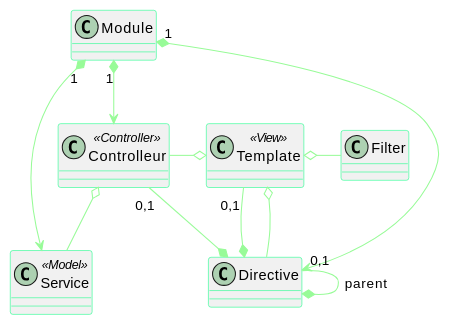
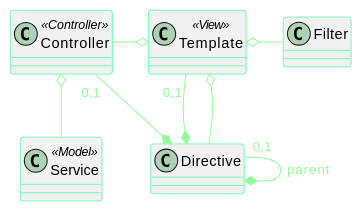
One commit to magneval/magneval.github.io changed the diagram in MigrationAngular/Readme.adoc. Above: the diagram before and after it, drawn with PlantUML. The commit also changed other lines of this file and 24 other files, not shown here.

```diff
--- a/MigrationAngular/Readme.adoc
+++ b/MigrationAngular/Readme.adoc
@@ -25,30 +33,28 @@
 [plantuml, diagram-classes, svg]     
 ----
-'skinparam backgroundcolor white
 skinparam class {
-'	BackgroundColor PaleGreen
-'	ArrowColor SeaGreen
 	ArrowColor PaleGreen
+	ArrowFontColor PaleGreen
 	BorderColor SpringGreen
 	TextColor SeaGreen
 }
 
-class Module
+'class Module
 class Service <<Model>>
-class Controlleur <<Controller>>
+class Controller <<Controller>>
 class Template <<View>>
 class Directive
 class Filter
 
-Module "1" *-> Service
-Module "1" *--> Controlleur
-Module "1" *--> Directive
-Controlleur o-- Service
-' Controlleur o-- Template
+'Module "1" *-> Service
+'Module "1" *--> Controller
+'Module "1" *--> Directive
+Controller o-- Service
+' Controller o-- Template
 Directive "0,1" --* Directive : parent
-Controlleur "0,1" --* Directive
+Controller "0,1" --* Directive
 Template "0,1" --* Directive
 Template o-- Directive
-Template o-left- Controlleur
+Template o-left- Controller
 Template o-right- Filter
 ----
```
